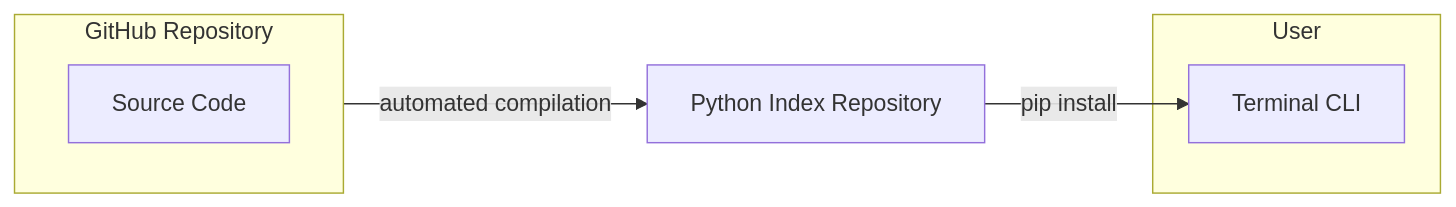
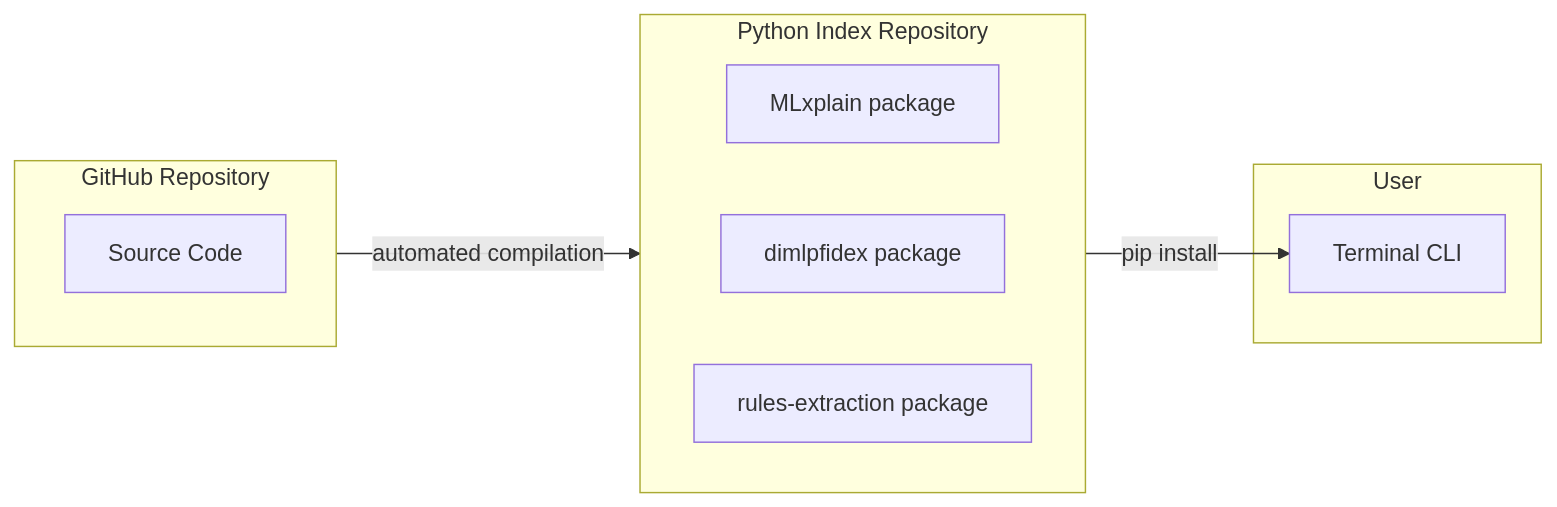
One commit to HES-XPLAIN/hes-xplain.github.io changed the third of 5 diagrams in docs/platform/usage.md. Above: the diagram before and after it, drawn with Mermaid. The commit also changed other lines of this file, not shown here.

Commit message:
Moved architecture graph into usage page

````diff
--- a/docs/platform/usage.md
+++ b/docs/platform/usage.md
@@ -109,16 +109,20 @@
 ```mermaid
 graph LR
     subgraph repository["GitHub Repository"]
-        direction LR
         sourcecode["Source Code"]
     end
 
-    pypi["Python Index Repository"]
+    subgraph pypi["Python Index Repository"]
+        direction LR
+        mlxplain["MLxplain package"]
+        dimlpfidex["dimlpfidex package"]
+        rulesextract["rules-extraction package"]
+    end
 
     subgraph user["User"]
         cli["Terminal CLI"]
     end
 
     repository --> |automated compilation|pypi
     pypi --> |pip install|cli
 ```
````
